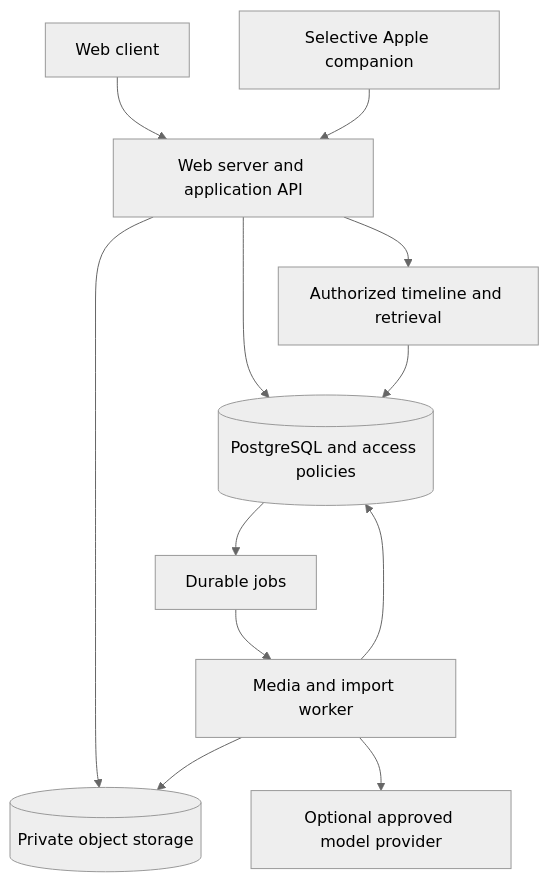
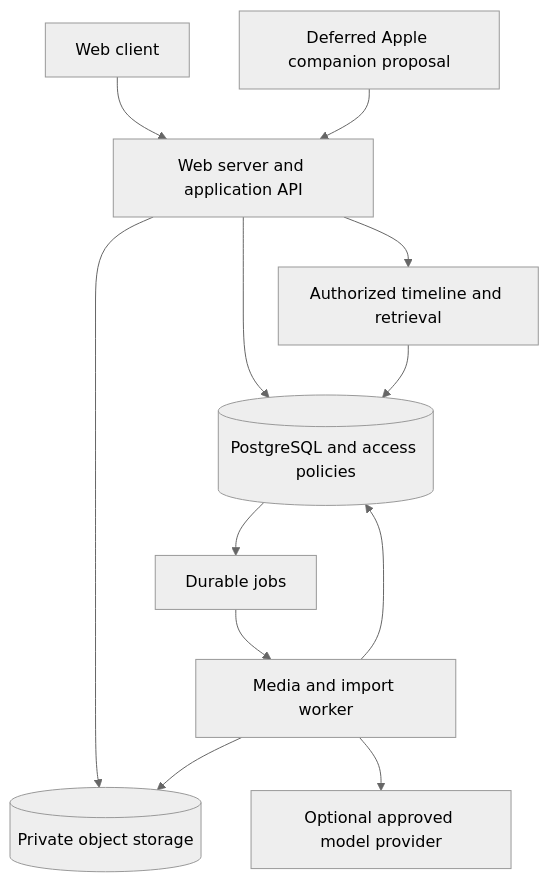
The diagram in docs/ARCHITECTURE.md (dodoscoding/Mazi), drawn with Mermaid (neutral theme) before and after one commit. The commit also changed other lines of this file and 31 other files, not shown here.

````diff
--- a/docs/ARCHITECTURE.md
+++ b/docs/ARCHITECTURE.md
@@ -13,14 +13,14 @@
 ```mermaid
 flowchart TD
     Web[Web client] --> API[Web server and application API]
-    Native[Selective Apple companion] --> API
+    Native[Deferred Apple companion proposal] --> API
     API --> DB[(PostgreSQL and access policies)]
     API --> Store[(Private object storage)]
     DB --> Jobs[Durable jobs]
     Jobs --> Worker[Media and import worker]
     Worker --> Store
     Worker --> DB
     Worker --> Models[Optional approved model provider]
     API --> Read[Authorized timeline and retrieval]
     Read --> DB
 ```
````
